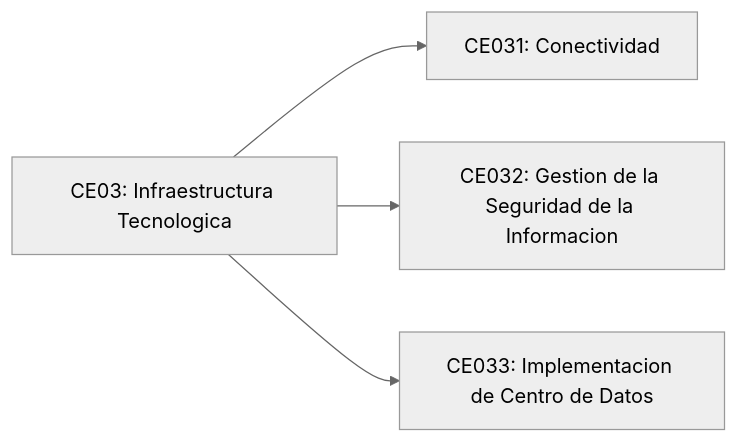
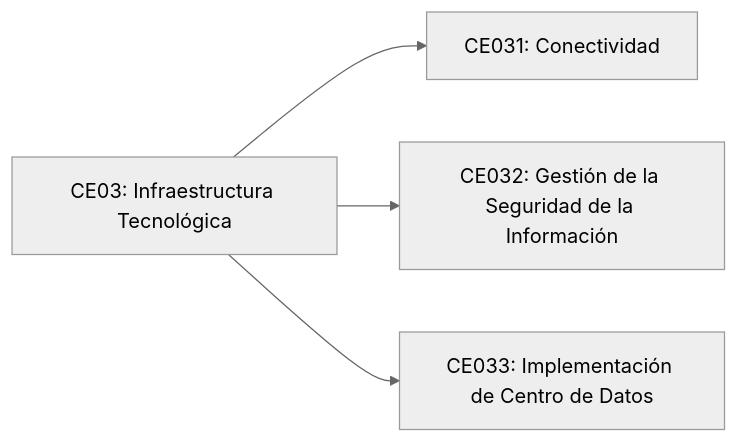
The diagram in docs/lineas/infraestructura/index.md (upeuoficial/planb), drawn with Mermaid (neutral theme) before and after one commit. The commit also changed other lines of this file and 16 other files, not shown here.

````diff
--- a/docs/lineas/infraestructura/index.md
+++ b/docs/lineas/infraestructura/index.md
@@ -23,6 +29,6 @@
 ```mermaid
 flowchart LR
-  CE03[CE03: Infraestructura Tecnologica] --> CE031[CE031: Conectividad]
-  CE03 --> CE032[CE032: Gestion de la Seguridad de la Informacion]
-  CE03 --> CE033[CE033: Implementacion de Centro de Datos]
+  CE03[CE03: Infraestructura Tecnológica] --> CE031[CE031: Conectividad]
+  CE03 --> CE032[CE032: Gestión de la Seguridad de la Información]
+  CE03 --> CE033[CE033: Implementación de Centro de Datos]
 ```
````
